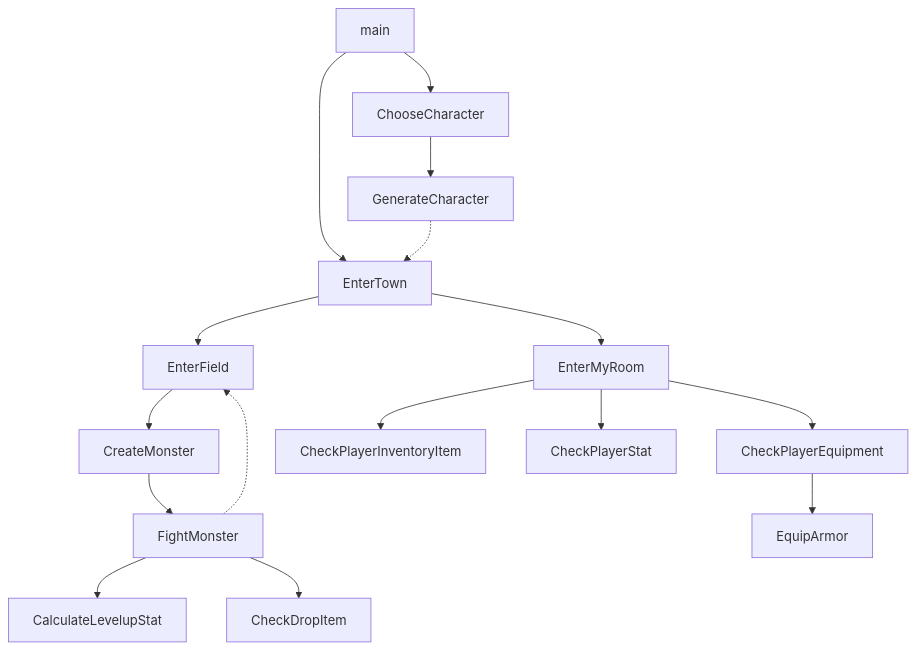
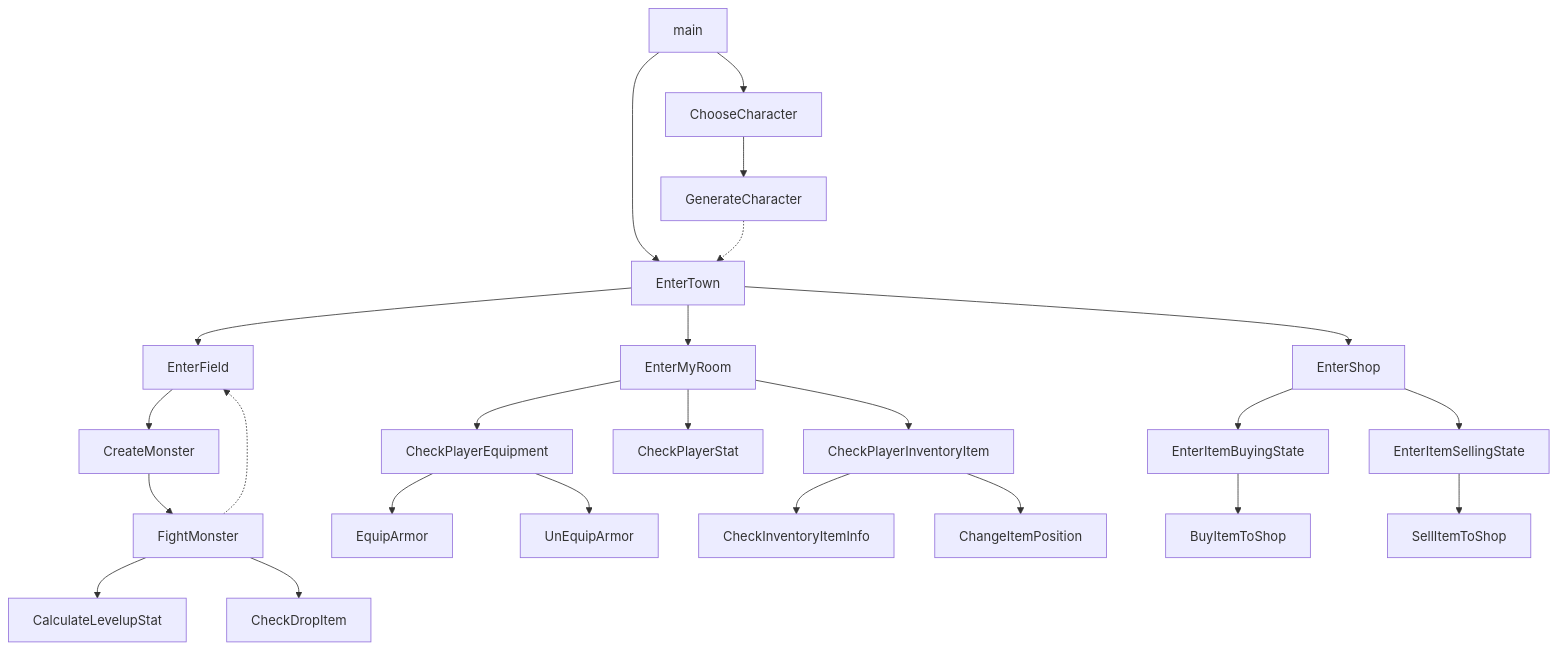
One commit to Emrgnr/cpp-TextRPG changed the diagram in README.md. Above: the diagram before and after it, drawn with Mermaid.

Commit message:
TextRPG(Multi-Array-3) FlowChart

````diff
--- a/README.md
+++ b/README.md
@@ -5,32 +5,49 @@
 ```mermaid
 flowchart TD
 	%% 메인 분기점
 	main --> EnterTown
     main --> ChooseCharacter
     
     %% 캐릭터 선택 분기점
     ChooseCharacter --> GenerateCharacter
     GenerateCharacter -.-> EnterTown
     
     %% 광장 분기점
     EnterTown --> EnterField
     EnterTown --> EnterMyRoom
+    EnterTown --> EnterShop
     
     %% 필드 분기점
     EnterField --> CreateMonster
     CreateMonster --> FightMonster
+    
+    %% 몬스터 전투 분기점
+    FightMonster --> CalculateLevelupStat
+    FightMonster --> CheckDropItem
+    FightMonster -.-> EnterField
     
     %% 개인룸 분기점
     EnterMyRoom --> CheckPlayerEquipment
     EnterMyRoom --> CheckPlayerInventoryItem
     EnterMyRoom --> CheckPlayerStat
     
-    %% 플레이어 장비 확인
+    %% 플레이어 장비 상호작용
     CheckPlayerEquipment --> EquipArmor
-    
-    %% 몬스터 전투 분기점
-    FightMonster --> CalculateLevelupStat
-    FightMonster --> CheckDropItem
-    FightMonster -.-> EnterField
+    CheckPlayerEquipment --> UnEquipArmor
+	
+	%% 플레이어 인벤토리 상호작용
+	CheckPlayerInventoryItem --> CheckInventoryItemInfo
+	CheckPlayerInventoryItem --> ChangeItemPosition
+	
+	%% 상점 분기점
+	EnterShop --> EnterItemBuyingState
+	EnterShop --> EnterItemSellingState
+	
+	%% 상점 구매 상호작용
+	EnterItemBuyingState --> BuyItemToShop
+	
+	%% 상점 판매 상호작용
+	EnterItemSellingState --> SellItemToShop
+	
 
 ```
````
